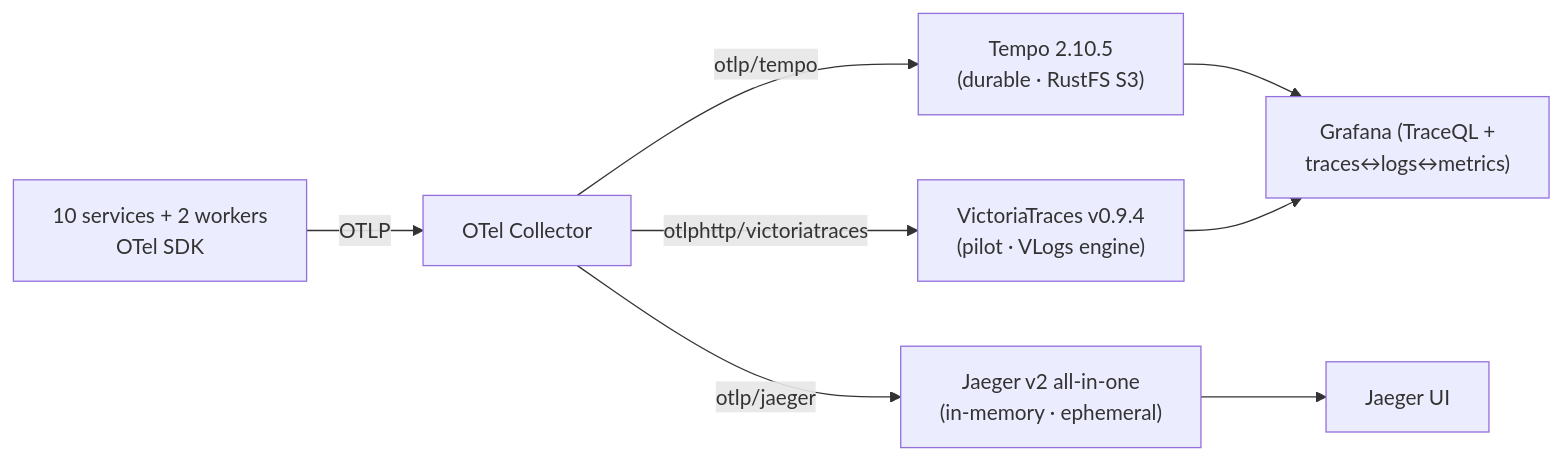
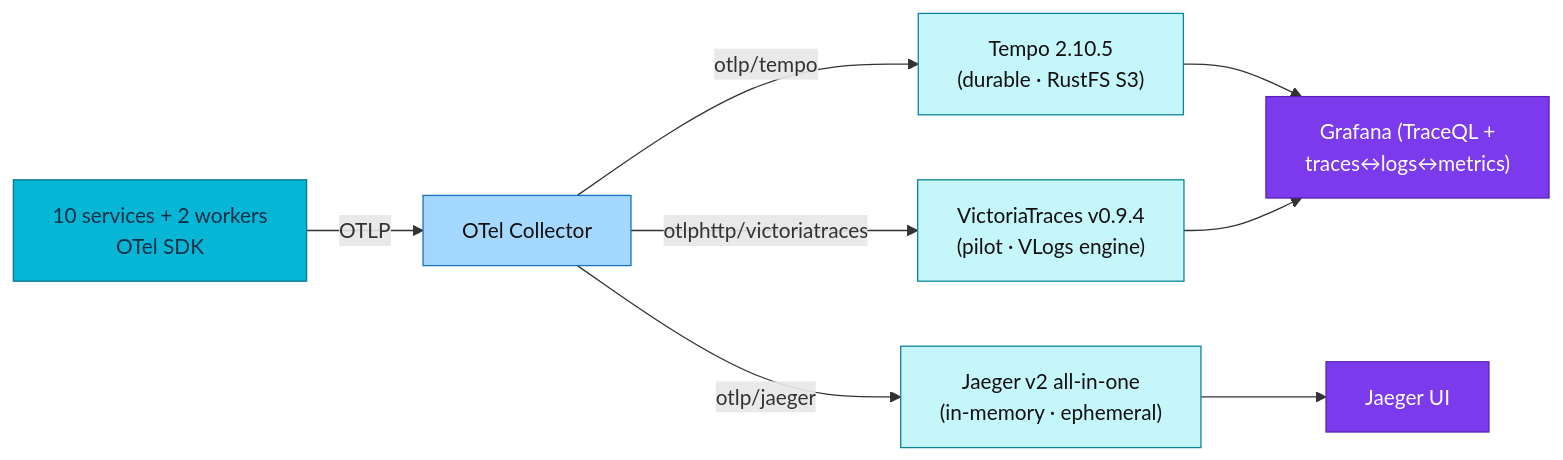
One commit to duynhlab/homelab changed the diagram in docs/observability/tracing/backends-comparison.md. Above: the diagram before and after it, drawn with Mermaid. The commit also changed 33 other files, not shown here.

First line of the commit message:
Refresh observability diagrams (#516)

````diff
--- a/docs/observability/tracing/backends-comparison.md
+++ b/docs/observability/tracing/backends-comparison.md
@@ -17,10 +17,18 @@
 ```mermaid
 flowchart LR
   Apps["10 services + 2 workers<br/>OTel SDK"] -->|OTLP| OC["OTel Collector"]
   OC -->|otlp/tempo| T["Tempo 2.10.5<br/>(durable · RustFS S3)"]
   OC -->|otlp/jaeger| J["Jaeger v2 all-in-one<br/>(in-memory · ephemeral)"]
   OC -->|otlphttp/victoriatraces| V["VictoriaTraces v0.9.4<br/>(pilot · VLogs engine)"]
   T --> G["Grafana (TraceQL +<br/>traces↔logs↔metrics)"]
   J --> JU["Jaeger UI"]
   V --> G
+  classDef service fill:#06b6d4,color:#082f49,stroke:#0e7490;
+  classDef trace fill:#c5f6fa,color:#111,stroke:#0c8599;
+  classDef collector fill:#a5d8ff,color:#111,stroke:#1971c2;
+  classDef platform fill:#7c3aed,color:#fff,stroke:#5b21b6;
+  class Apps service;
+  class OC collector;
+  class T,J,V trace;
+  class G,JU platform;
 ```
````
